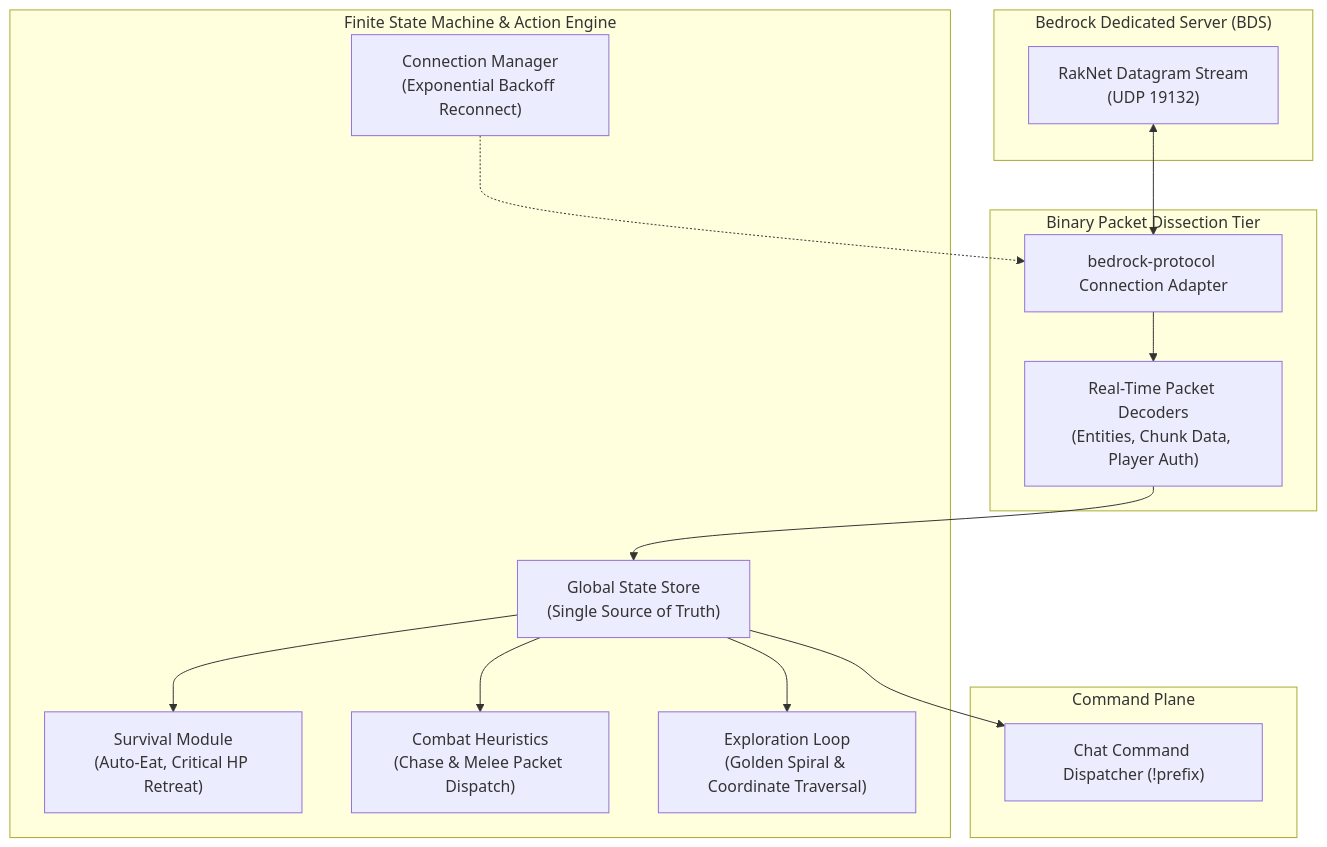
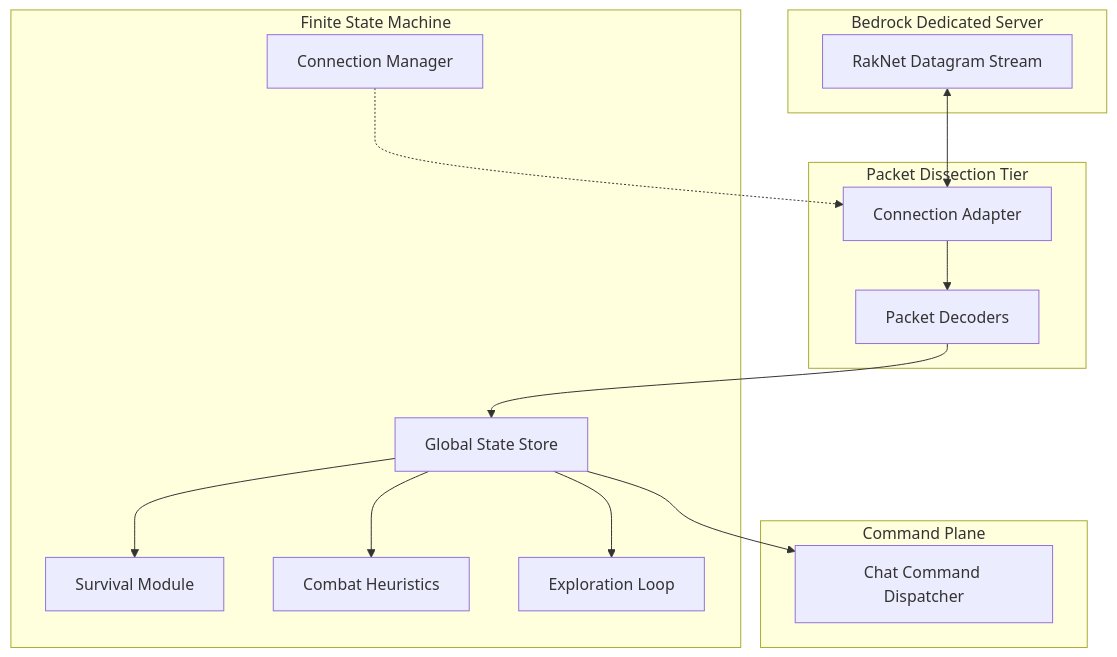
The diagram in README.md (welzim19-star/bedrock-autonomous-agent), drawn with Mermaid before and after one commit. The commit also changed 1 other file, not shown here.

Commit message:
fix(diagram): streamline Mermaid node labels to eliminate clipping

````diff
--- a/README.md
+++ b/README.md
@@ -22,32 +22,32 @@
 ```mermaid
 flowchart TD
-    subgraph BDS["Bedrock Dedicated Server (BDS)"]
-        RakNet["RakNet Datagram Stream<br/>(UDP 19132)"]
+    subgraph BDS["Bedrock Dedicated Server"]
+        RakNet["RakNet Datagram Stream"]
     end
 
-    subgraph PROTOCOL_LAYER["Binary Packet Dissection Tier"]
-        Listener["bedrock-protocol Connection Adapter"]
-        PacketHandler["Real-Time Packet Decoders<br/>(Entities, Chunk Data, Player Auth)"]
+    subgraph PROTOCOL_LAYER["Packet Dissection Tier"]
+        Listener["Connection Adapter"]
+        PacketHandler["Packet Decoders"]
         RakNet <--> Listener
         Listener --> PacketHandler
     end
 
-    subgraph FSM["Finite State Machine & Action Engine"]
-        StateStore["Global State Store<br/>(Single Source of Truth)"]
-        Survival["Survival Module<br/>(Auto-Eat, Critical HP Retreat)"]
-        Combat["Combat Heuristics<br/>(Chase & Melee Packet Dispatch)"]
-        Navigation["Exploration Loop<br/>(Golden Spiral & Coordinate Traversal)"]
-        Reconnector["Connection Manager<br/>(Exponential Backoff Reconnect)"]
+    subgraph FSM["Finite State Machine"]
+        StateStore["Global State Store"]
+        Survival["Survival Module"]
+        Combat["Combat Heuristics"]
+        Navigation["Exploration Loop"]
+        Reconnector["Connection Manager"]
         
         PacketHandler --> StateStore
         StateStore --> Survival
         StateStore --> Combat
         StateStore --> Navigation
         Reconnector -.-> Listener
     end
 
     subgraph COMMANDS["Command Plane"]
-        ChatRouter["Chat Command Dispatcher (!prefix)"]
+        ChatRouter["Chat Command Dispatcher"]
         StateStore --> ChatRouter
     end
 ```
````
